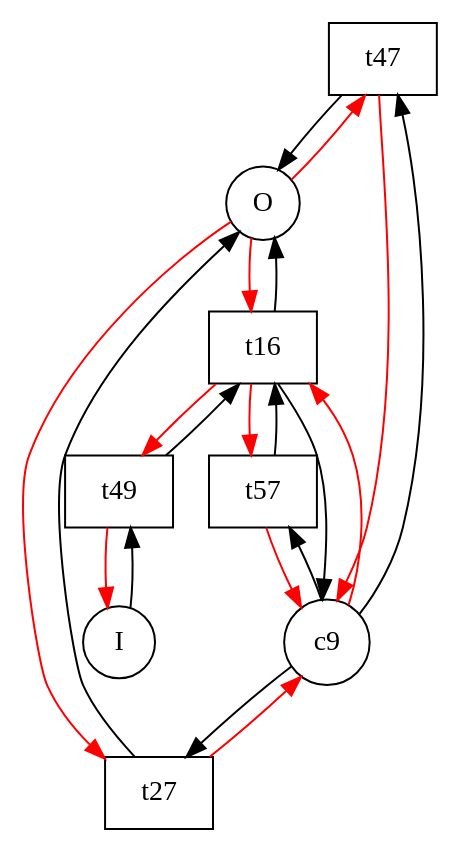
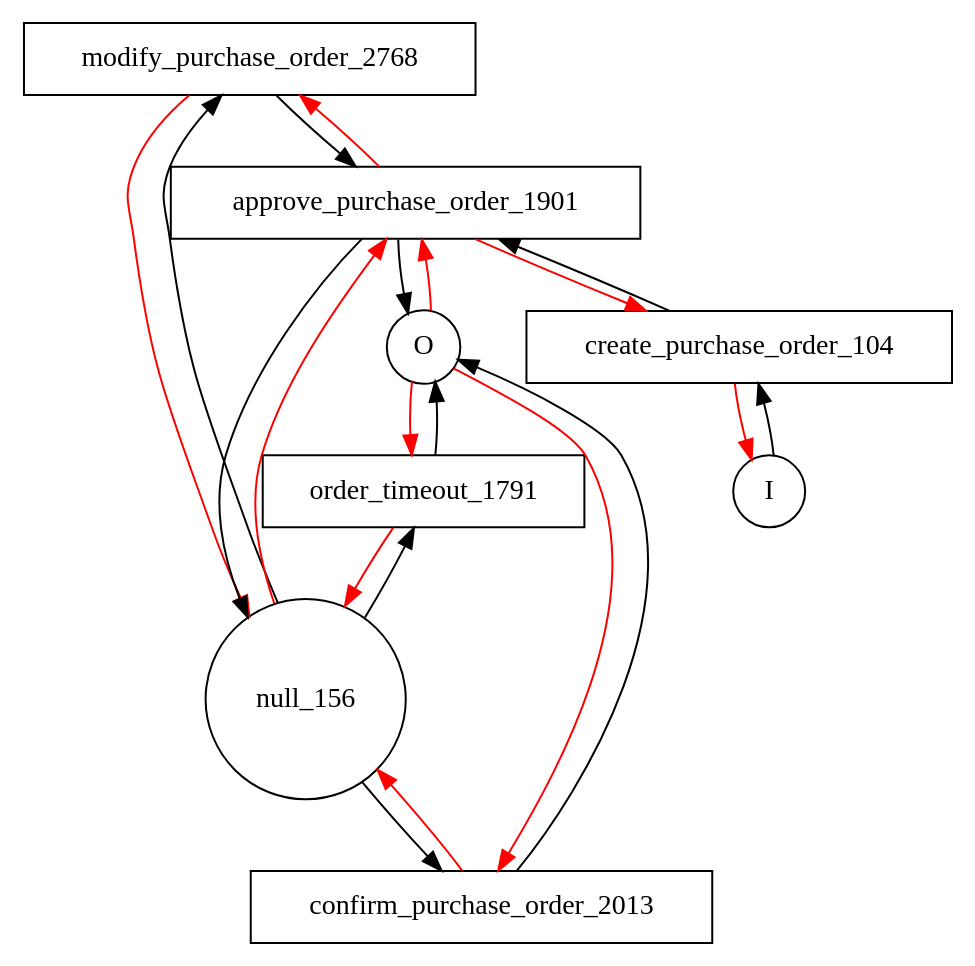
The diagram in output/ordering.dot (nricci/YAWL2FSP), drawn with Graphviz before and after one commit. The commit also changed 35 other files, not shown here.

```diff
--- a/output/ordering.dot
+++ b/output/ordering.dot
@@ -1,35 +1,35 @@
 digraph {
 	// ORDERING
 
 	// Elements
-	t47 [shape=box];
-	t49 [shape=box];
-	t27 [shape=box];
-	t16 [shape=box];
-	t57 [shape=box];
-	c21 [shape=circle][label=O];
-	c6 [shape=circle][label=I];
-	c9 [shape=circle];
+	modify_purchase_order_2768 [shape=box];
+	order_timeout_1791 [shape=box];
+	create_purchase_order_104 [shape=box];
+	approve_purchase_order_1901 [shape=box];
+	confirm_purchase_order_2013 [shape=box];
+	null_156 [shape=circle];
+	inputcondition_16 [shape=circle][label=I];
+	outputcondition_17 [shape=circle][label=O];
 
 	// Arrows
-	c6->t49;
-	t49->t16;
-	t49->c6[color=red];
-	t16->c9;
-	t16->c21;
-	t16->t49[color=red];
-	t16->t57[color=red];
-	c21->t16[color=red];
-	c21->t27[color=red];
-	c21->t47[color=red];
-	c9->t47;
-	c9->t57;
-	c9->t27;
-	c9->t16[color=red];
-	t27->c21;
-	t27->c9[color=red];
-	t57->t16;
-	t57->c9[color=red];
-	t47->c21;
-	t47->c9[color=red];
+	inputcondition_16->create_purchase_order_104;
+	create_purchase_order_104->approve_purchase_order_1901;
+	create_purchase_order_104->inputcondition_16[color=red];
+	approve_purchase_order_1901->null_156;
+	approve_purchase_order_1901->outputcondition_17;
+	approve_purchase_order_1901->create_purchase_order_104[color=red];
+	approve_purchase_order_1901->modify_purchase_order_2768[color=red];
+	outputcondition_17->approve_purchase_order_1901[color=red];
+	outputcondition_17->order_timeout_1791[color=red];
+	outputcondition_17->confirm_purchase_order_2013[color=red];
+	null_156->order_timeout_1791;
+	null_156->modify_purchase_order_2768;
+	null_156->confirm_purchase_order_2013;
+	null_156->approve_purchase_order_1901[color=red];
+	confirm_purchase_order_2013->outputcondition_17;
+	confirm_purchase_order_2013->null_156[color=red];
+	modify_purchase_order_2768->approve_purchase_order_1901;
+	modify_purchase_order_2768->null_156[color=red];
+	order_timeout_1791->outputcondition_17;
+	order_timeout_1791->null_156[color=red];
 }
```
